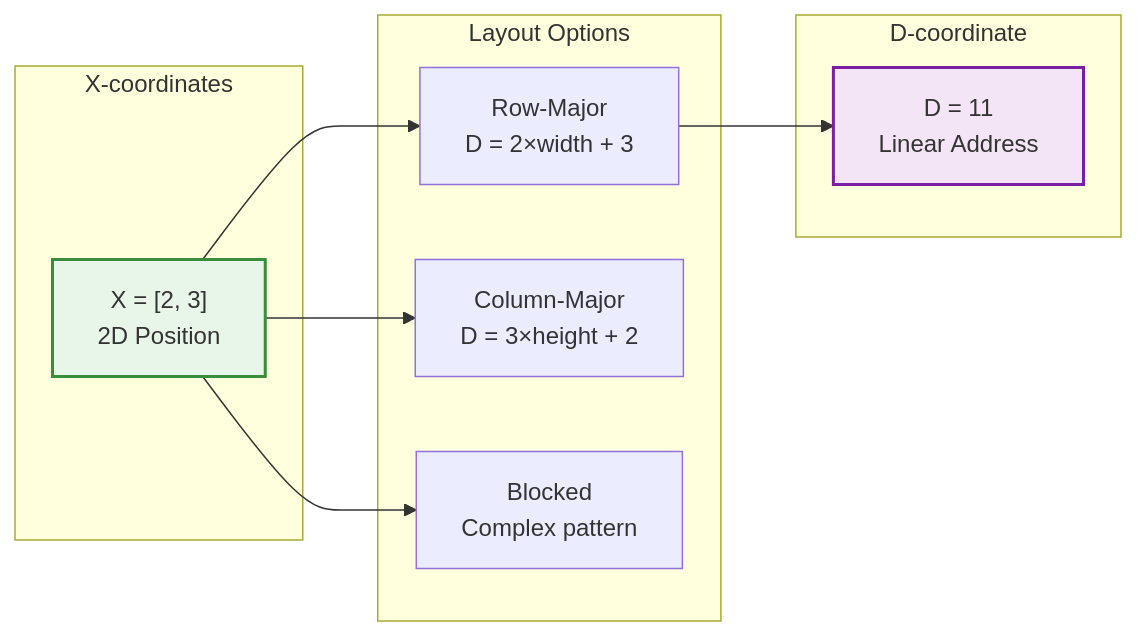
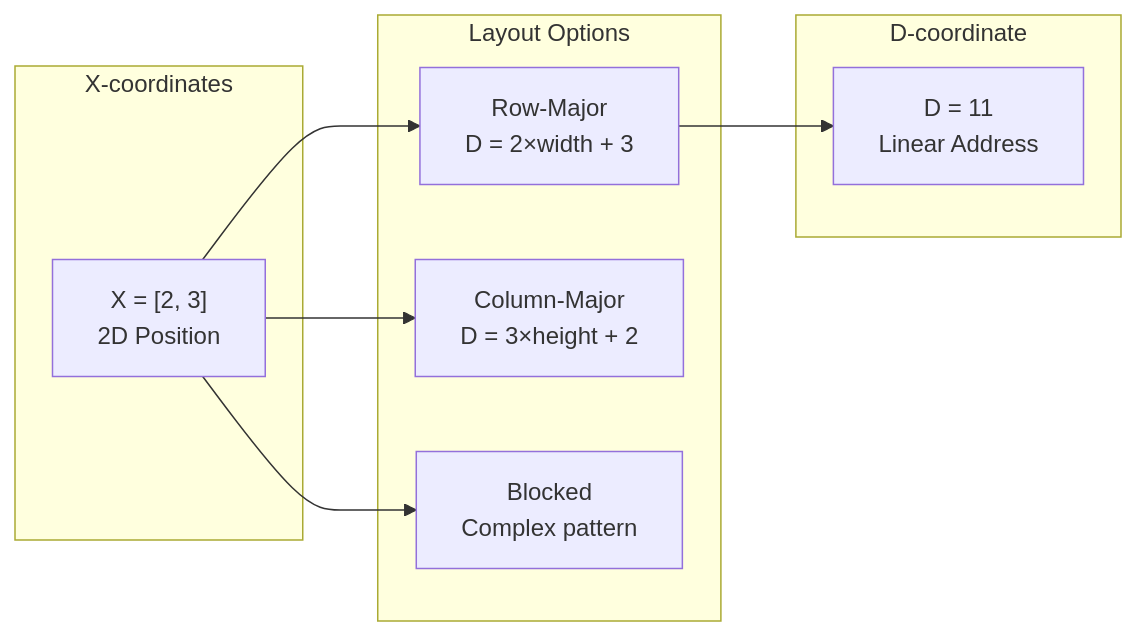
The fifth of 6 diagrams in projects/composablekernel/docs/conceptual/ck_tile/coordinate_systems.rst (hdt98/rocm-libraries), drawn with Mermaid before and after one commit. The commit also changed other lines of this file and 21 other files, not shown here.

First line of the commit message:
[ck] Updated CK Tile documentation to use mermaid diagrams (#7955)

```diff
--- a/projects/composablekernel/docs/conceptual/ck_tile/coordinate_systems.rst
+++ b/projects/composablekernel/docs/conceptual/ck_tile/coordinate_systems.rst
@@ -422,24 +338,21 @@
-      .. mermaid::
-      
-         graph LR
-             subgraph "X-coordinates"
-                 X["X = [2, 3]<br/>2D Position"]
-             end
-   
-             subgraph "Layout Options"
-                 RM["Row-Major<br/>D = 2×width + 3"]
-                 CM["Column-Major<br/>D = 3×height + 2"]
-                 BL["Blocked<br/>Complex pattern"]
-             end
-   
-             subgraph "D-coordinate"
-                 D["D = 11<br/>Linear Address"]
-             end
-   
-             X --> RM
-             X --> CM
-             X --> BL
-             RM --> D
-   
-             style X fill:#e8f5e9,stroke:#388e3c,stroke-width:2px
-             style D fill:#f3e5f5,stroke:#7b1fa2,stroke-width:2px
+.. mermaid::
+
+   graph LR
+       subgraph "X-coordinates"
+           X["X = [2, 3]<br/>2D Position"]
+       end
+
+       subgraph "Layout Options"
+           RM["Row-Major<br/>D = 2×width + 3"]
+           CM["Column-Major<br/>D = 3×height + 2"]
+           BL["Blocked<br/>Complex pattern"]
+       end
+
+       subgraph "D-coordinate"
+           D["D = 11<br/>Linear Address"]
+       end
+
+       X --> RM
+       X --> CM
+       X --> BL
+       RM --> D
```
